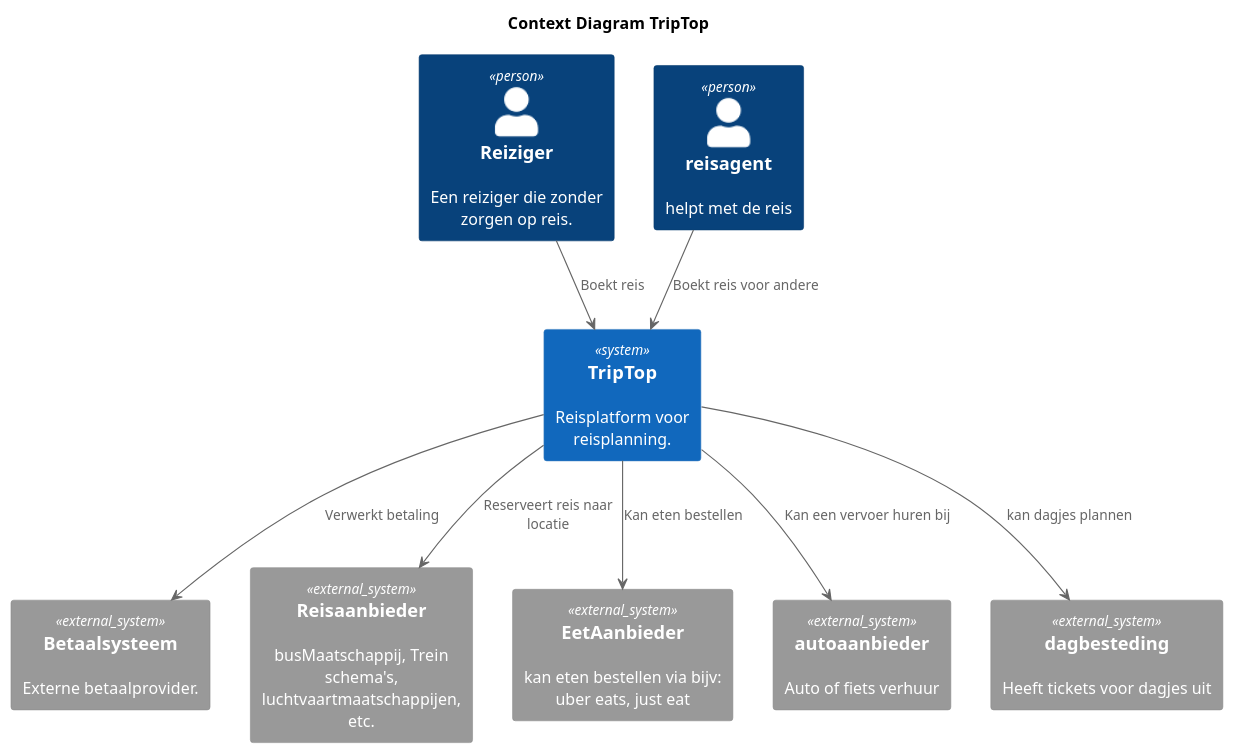
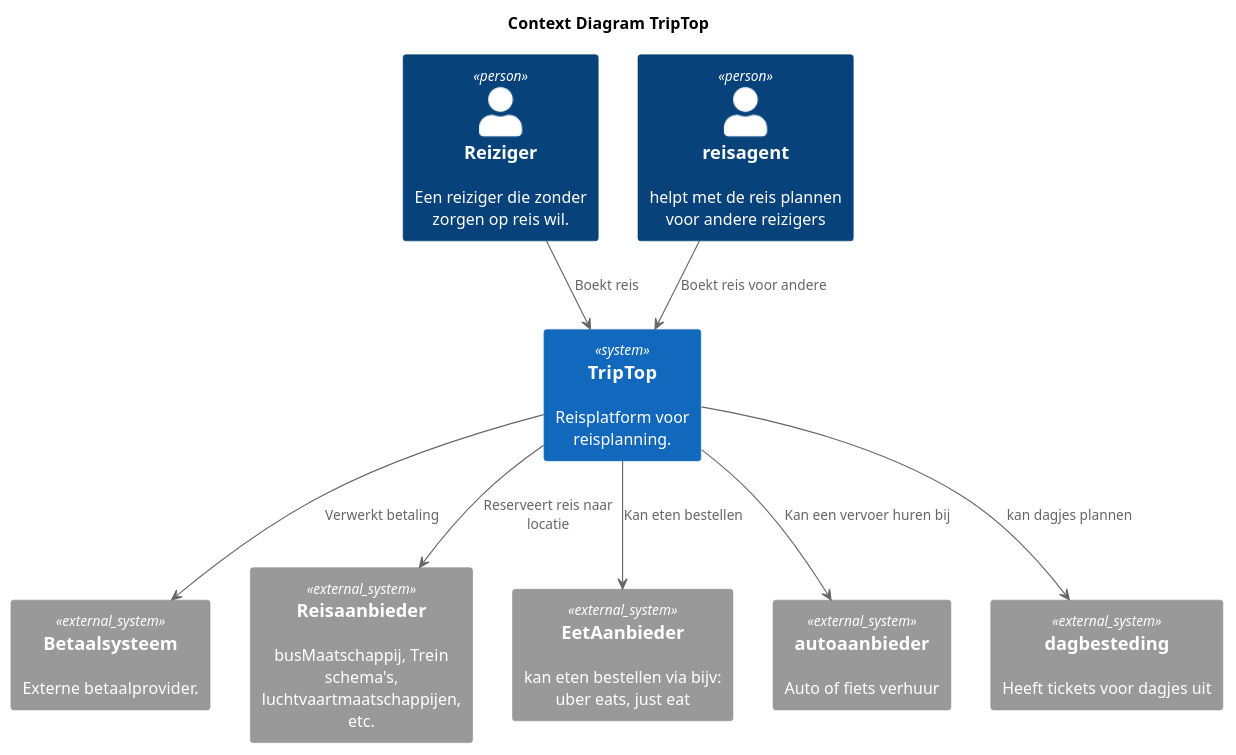
The diagram in opdracht-diagrammen/ContextDiagramRob.puml (AIM-ENE-feb25/triptop-jrn), drawn with PlantUML before and after one commit.

```diff
--- a/opdracht-diagrammen/ContextDiagramRob.puml
+++ b/opdracht-diagrammen/ContextDiagramRob.puml
@@ -1,27 +1,27 @@
 @startuml
 !include https://raw.githubusercontent.com/plantuml-stdlib/C4-PlantUML/master/C4_Context.puml
 
 
 title Context Diagram TripTop
 
-Person(Reiziger, "Reiziger", "Een reiziger die zonder zorgen op reis.")
-Person(Reisagent, "reisagent", "helpt met de reis")
+Person(Reiziger, "Reiziger", "Een reiziger die zonder zorgen op reis wil.")
+Person(Reisagent, "reisagent", "helpt met de reis plannen voor andere reizigers")
 
 System(triptop, "TripTop", "Reisplatform voor reisplanning.")
 
 System_Ext(betaalsysteem, "Betaalsysteem", "Externe betaalprovider.")
 System_Ext(reisaanbieder, "Reisaanbieder", "busMaatschappij, Trein schema's, luchtvaartmaatschappijen, etc.")
 System_Ext(etenaanbieder, "EetAanbieder", "kan eten bestellen via bijv: uber eats, just eat")
 System_Ext(Autoaanbieder, "autoaanbieder", "Auto of fiets verhuur")
 System_Ext(Dagbesteding, "dagbesteding", "Heeft tickets voor dagjes uit")
 
 Reiziger --> triptop : Boekt reis
 Reisagent --> triptop : Boekt reis voor andere
 
 
 triptop --> betaalsysteem : Verwerkt betaling
 triptop --> reisaanbieder : Reserveert reis naar locatie
 triptop --> etenaanbieder : Kan eten bestellen
 triptop --> Autoaanbieder : Kan een vervoer huren bij
 triptop --> Dagbesteding : kan dagjes plannen
 @enduml
```
